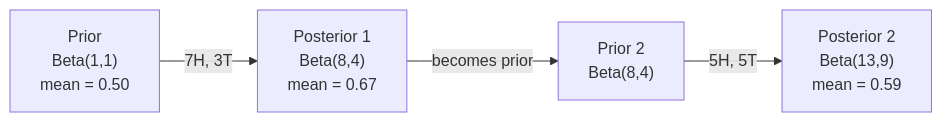
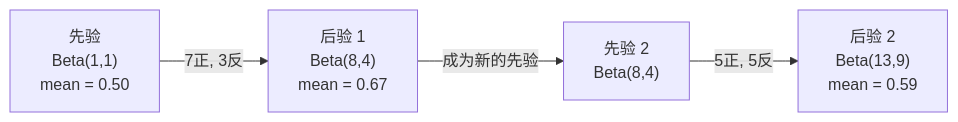
Before and after one commit to JerryC8080/ai-engineering-from-scratch-zh: the diagram in phases/01-math-foundations/07-bayes-theorem/docs/zh.md, drawn with Mermaid. The commit also changed 156 other files, not shown here.

First line of the commit message:
i18n(zh): translate mermaid diagram labels in 157 lesson zh.md

````diff
--- a/phases/01-math-foundations/07-bayes-theorem/docs/zh.md
+++ b/phases/01-math-foundations/07-bayes-theorem/docs/zh.md
@@ -392,6 +392,6 @@
 ```mermaid
 graph LR
-    A["Prior<br/>Beta(1,1)<br/>mean = 0.50"] -->|"7H, 3T"| B["Posterior 1<br/>Beta(8,4)<br/>mean = 0.67"]
-    B -->|"becomes prior"| C["Prior 2<br/>Beta(8,4)"]
-    C -->|"5H, 5T"| D["Posterior 2<br/>Beta(13,9)<br/>mean = 0.59"]
+    A["先验<br/>Beta(1,1)<br/>mean = 0.50"] -->|"7正, 3反"| B["后验 1<br/>Beta(8,4)<br/>mean = 0.67"]
+    B -->|"成为新的先验"| C["先验 2<br/>Beta(8,4)"]
+    C -->|"5正, 5反"| D["后验 2<br/>Beta(13,9)<br/>mean = 0.59"]
 ```
````
